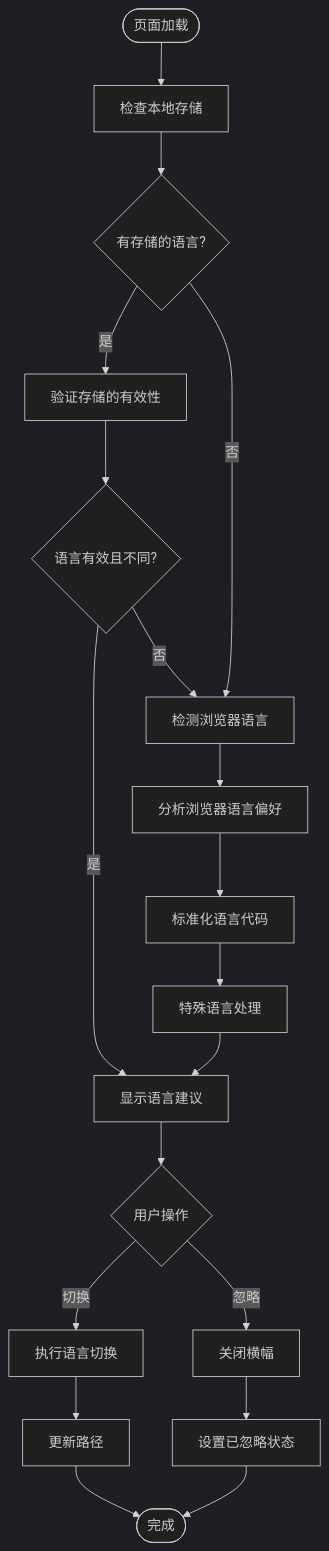
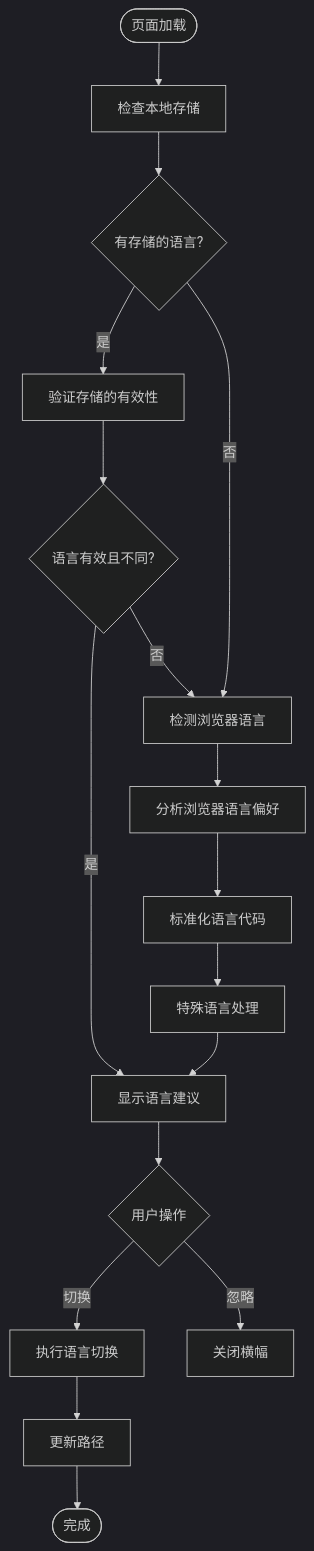
One commit to sgyy/privadeck changed the ninth of 13 diagrams in .qoder/repowiki/zh/content/技术架构/国际化系统.md. Above: the diagram before and after it, drawn with Mermaid (dark theme). The commit also changed other lines of this file and 3 other files, not shown here.

````diff
--- a/.qoder/repowiki/zh/content/技术架构/国际化系统.md
+++ b/.qoder/repowiki/zh/content/技术架构/国际化系统.md
@@ -575,21 +639,19 @@
 ```mermaid
 flowchart TD
 Start([页面加载]) --> CheckStorage["检查本地存储"]
 CheckStorage --> HasStored{"有存储的语言?"}
 HasStored --> |是| ValidateStored["验证存储的有效性"]
 HasStored --> |否| DetectBrowser["检测浏览器语言"]
 ValidateStored --> ValidStored{"语言有效且不同?"}
 ValidStored --> |是| ShowSuggestion["显示语言建议"]
 ValidStored --> |否| DetectBrowser
 DetectBrowser --> BrowserDetection["分析浏览器语言偏好"]
 BrowserDetection --> NormalizeLang["标准化语言代码"]
 NormalizeLang --> SpecialHandling["特殊语言处理"]
 SpecialHandling --> ShowSuggestion
 ShowSuggestion --> UserAction{"用户操作"}
 UserAction --> |切换| SwitchLanguage["执行语言切换"]
 UserAction --> |忽略| DismissBanner["关闭横幅"]
 SwitchLanguage --> UpdatePath["更新路径"]
 UpdatePath --> End([完成])
-DismissBanner --> SetDismissed["设置已忽略状态"]
-SetDismissed --> End
 ```
````
